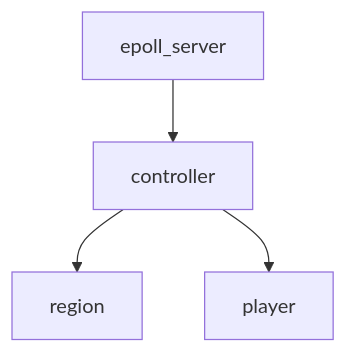
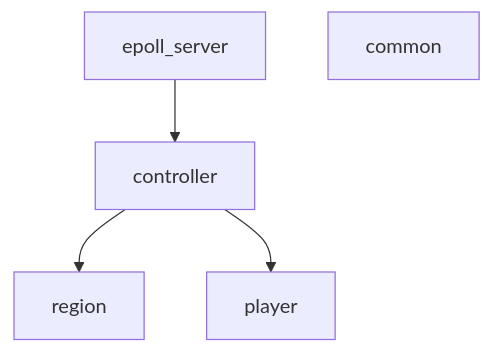
One commit to hsc10705581/fps_server_demo changed the diagram in Readme.md. Above: the diagram before and after it, drawn with Mermaid. The commit also changed 15 other files, not shown here.

````diff
--- a/Readme.md
+++ b/Readme.md
@@ -5,6 +5,7 @@
 ```mermaid
 graph TD
 es[epoll_server] --> ctrl[controller]
 ctrl --> re[region]
 ctrl --> pl[player]
+common[common]
 ```
````
